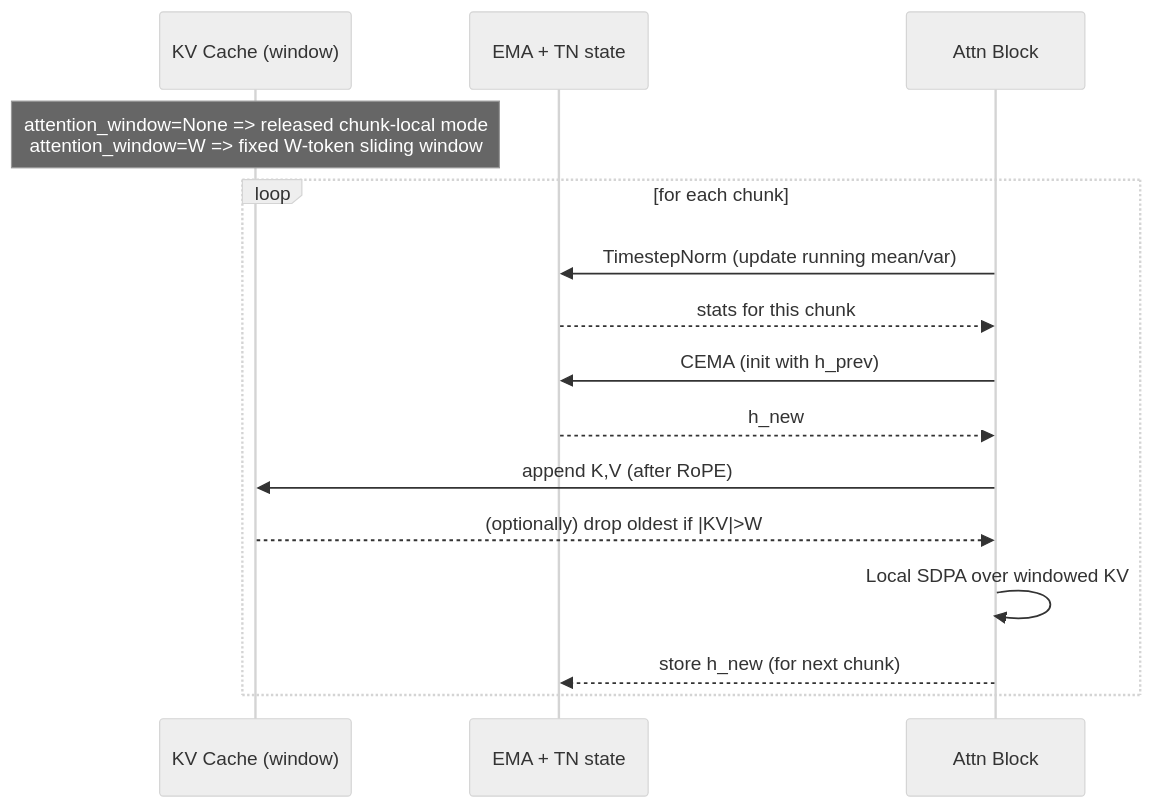
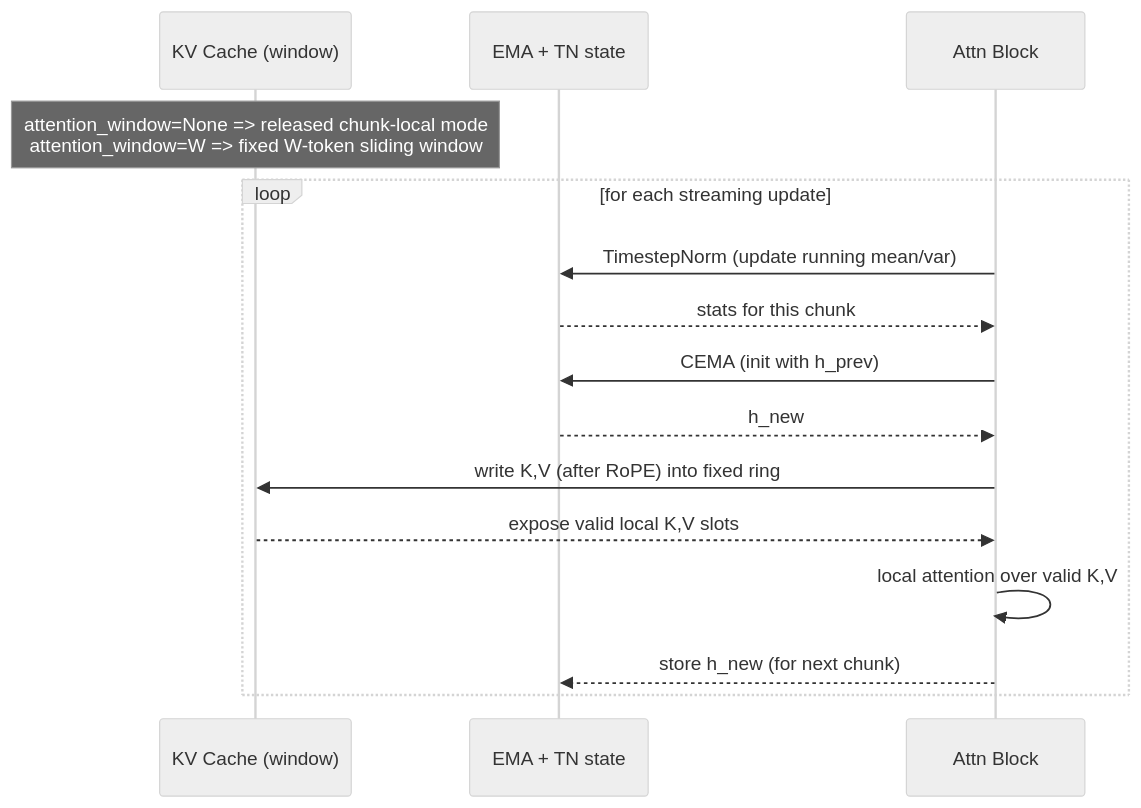
One commit to pszemraj/megalodon-jax changed the second of 3 diagrams in docs/long-context-streaming.md. Above: the diagram before and after it, drawn with Mermaid (neutral theme). The commit also changed other lines of this file and 7 other files, not shown here.

````diff
--- a/docs/long-context-streaming.md
+++ b/docs/long-context-streaming.md
@@ -55,18 +55,18 @@
 ```mermaid
 sequenceDiagram
     participant Cache as KV Cache (window)
     participant State as EMA + TN state
     participant Block as Attn Block
     Note over Cache: attention_window=None => released chunk-local mode<br/>attention_window=W => fixed W-token sliding window
 
-    Loop for each chunk
+    Loop for each streaming update
         Block->>State: TimestepNorm (update running mean/var)
         State-->>Block: stats for this chunk
         Block->>State: CEMA (init with h_prev)
         State-->>Block: h_new
-        Block->>Cache: append K,V (after RoPE)
-        Cache-->>Block: (optionally) drop oldest if |KV|>W
-        Block->>Block: Local SDPA over windowed KV
+        Block->>Cache: write K,V (after RoPE) into fixed ring
+        Cache-->>Block: expose valid local K,V slots
+        Block->>Block: local attention over valid K,V
         Block-->>State: store h_new (for next chunk)
     end
 ```
````
